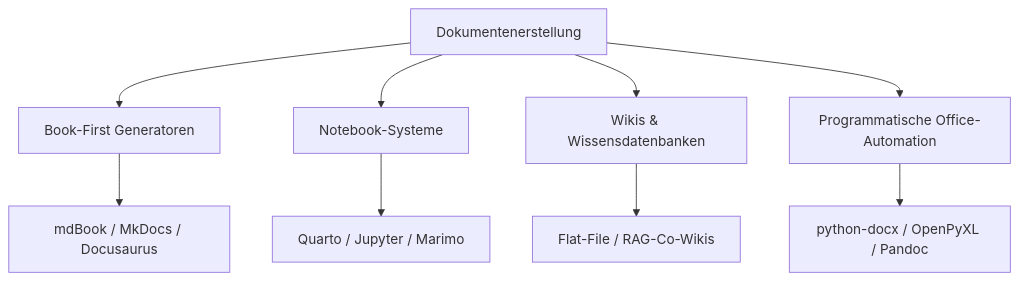
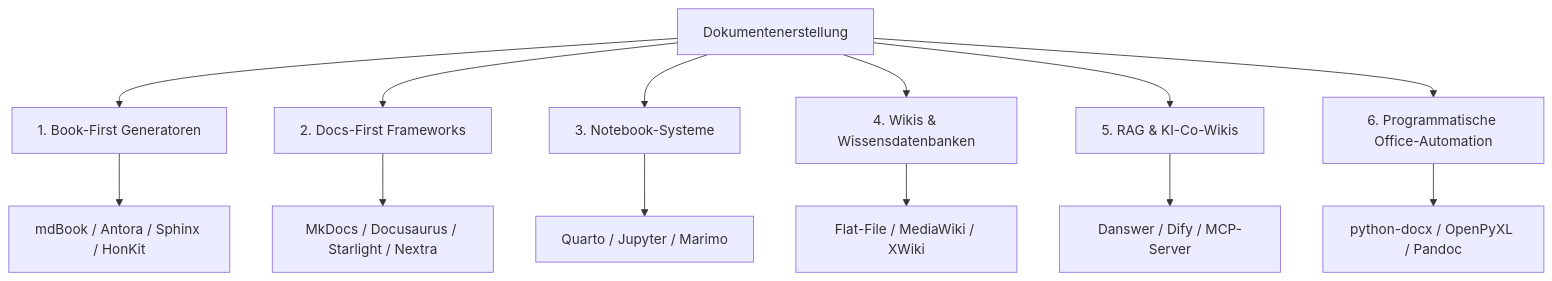
One commit to thorstenkloehn/dokument changed the diagram in docs/Dokument_Erstellen/index.md. Above: the diagram before and after it, drawn with Mermaid. The commit also changed other lines of this file, not shown here.

Commit message:
refactor: restructure documentation guide with updated categorization, added tool examples, and expanded RAG integration details

````diff
--- a/docs/Dokument_Erstellen/index.md
+++ b/docs/Dokument_Erstellen/index.md
@@ -5,12 +5,16 @@
 ```mermaid
 graph TD
-    A[Dokumentenerstellung] --> B[Book-First Generatoren]
-    A --> C[Notebook-Systeme]
-    A --> D[Wikis & Wissensdatenbanken]
-    A --> E[Programmatische Office-Automation]
+    A[Dokumentenerstellung] --> B[1. Book-First Generatoren]
+    A --> C[2. Docs-First Frameworks]
+    A --> D[3. Notebook-Systeme]
+    A --> E[4. Wikis & Wissensdatenbanken]
+    A --> F[5. RAG & KI-Co-Wikis]
+    A --> G[6. Programmatische Office-Automation]
     
-    B --> B1[mdBook / MkDocs / Docusaurus]
-    C --> C1[Quarto / Jupyter / Marimo]
-    D --> D1[Flat-File / RAG-Co-Wikis]
-    E --> E1[python-docx / OpenPyXL / Pandoc]
+    B --> B1[mdBook / Antora / Sphinx / HonKit]
+    C --> C1[MkDocs / Docusaurus / Starlight / Nextra]
+    D --> D1[Quarto / Jupyter / Marimo]
+    E --> E1[Flat-File / MediaWiki / XWiki]
+    F --> F1[Danswer / Dify / MCP-Server]
+    G --> G1[python-docx / OpenPyXL / Pandoc]
 ```
````
